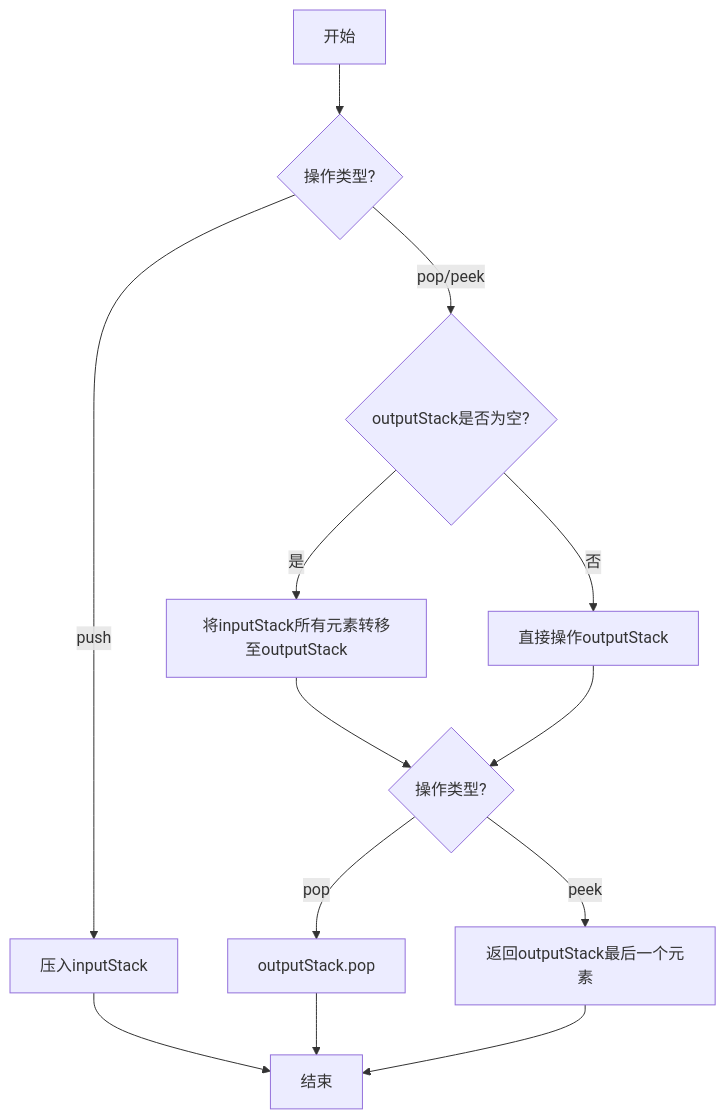
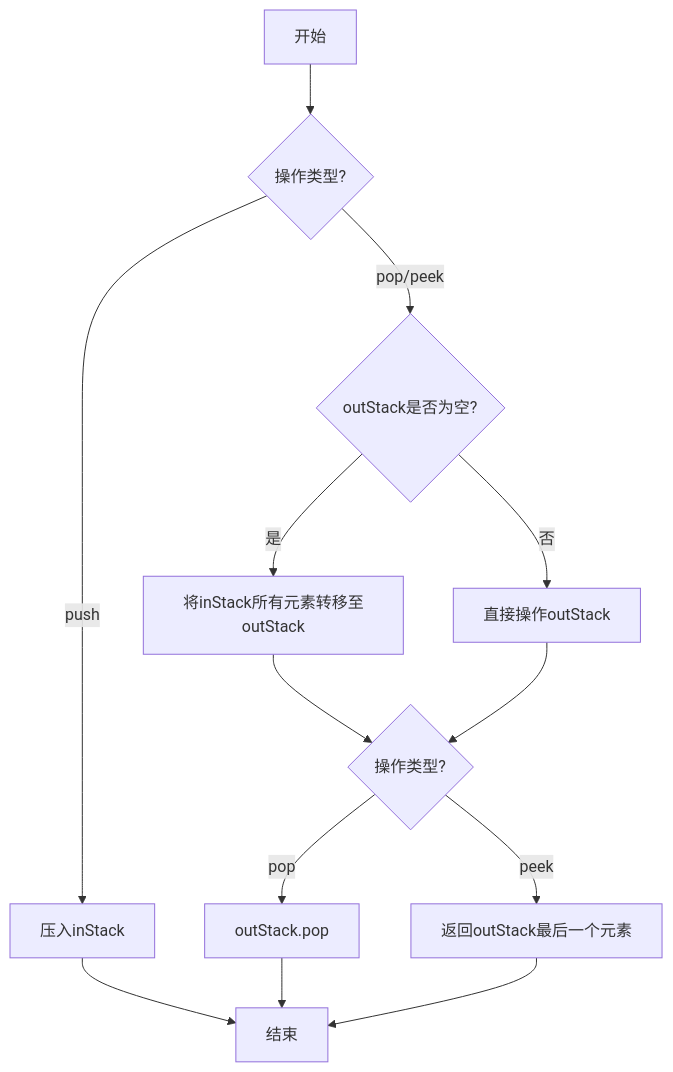
One commit to wxamlzm/javascriptDemo changed the diagram in src/srcAlgo/stack/2.用队列实现栈/用队列实现栈学习记录.md. Above: the diagram before and after it, drawn with Mermaid. The commit also changed other lines of this file and 1 other file, not shown here.

````diff
--- a/src/srcAlgo/stack/2.用队列实现栈/用队列实现栈学习记录.md
+++ b/src/srcAlgo/stack/2.用队列实现栈/用队列实现栈学习记录.md
@@ -42,21 +43,21 @@
 ```mermaid
 graph TD
     A[开始] --> B{操作类型?}
-    
-    B -->|push| C[压入inputStack]
+
+    B -->|push| C[压入inStack]
     C --> D[结束]
-    
-    B -->|pop/peek| E{outputStack是否为空?}
-    
-    E -->|是| F[将inputStack所有元素转移至outputStack]
-    E -->|否| G[直接操作outputStack]
-    
+
+    B -->|pop/peek| E{outStack是否为空?}
+
+    E -->|是| F[将inStack所有元素转移至outStack]
+    E -->|否| G[直接操作outStack]
+
     F --> H{操作类型?}
     G --> H
-    
-    H -->|pop| I[outputStack.pop]
-    H -->|peek| J[返回outputStack最后一个元素]
-    
+
+    H -->|pop| I[outStack.pop]
+    H -->|peek| J[返回outStack最后一个元素]
+
     I --> D
     J --> D
 ```
````
